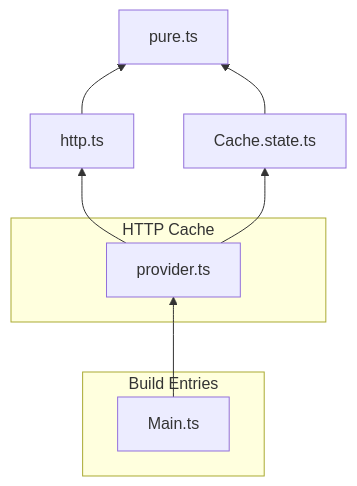
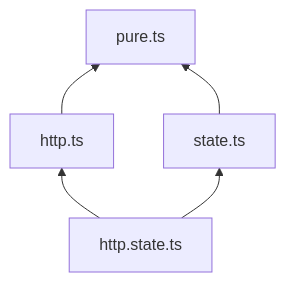
The second of 4 diagrams in README.md (muniworth/purity-seal), drawn with Mermaid before and after one commit. The commit also changed other lines of this file and 18 other files, not shown here.

Commit message:
:sparkles: Working example of onion architecture

````diff
--- a/README.md
+++ b/README.md
@@ -57,18 +57,8 @@
 ```mermaid
 graph BT;
 	http.ts --> pure.ts
+	state.ts --> pure.ts
+	http.state.ts --> state.ts
+	http.state.ts --> http.ts
 
-	Cache.state.ts --> pure.ts
-
-	subgraph HTTP Cache
-		provider.ts
-	end
-	provider.ts --> Cache.state.ts
-	provider.ts --> http.ts
-
-	subgraph Build Entries
-		Main.ts
-	end
-
-	Main.ts --> provider.ts
 ```
````
